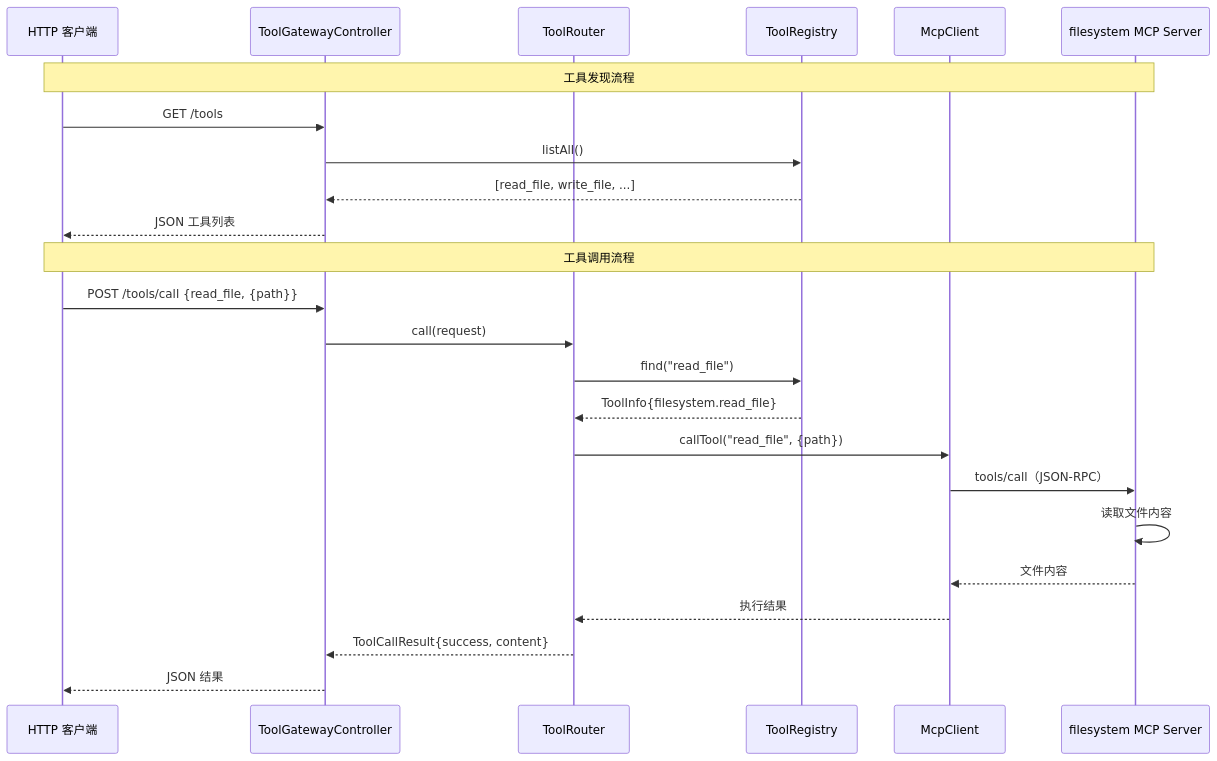
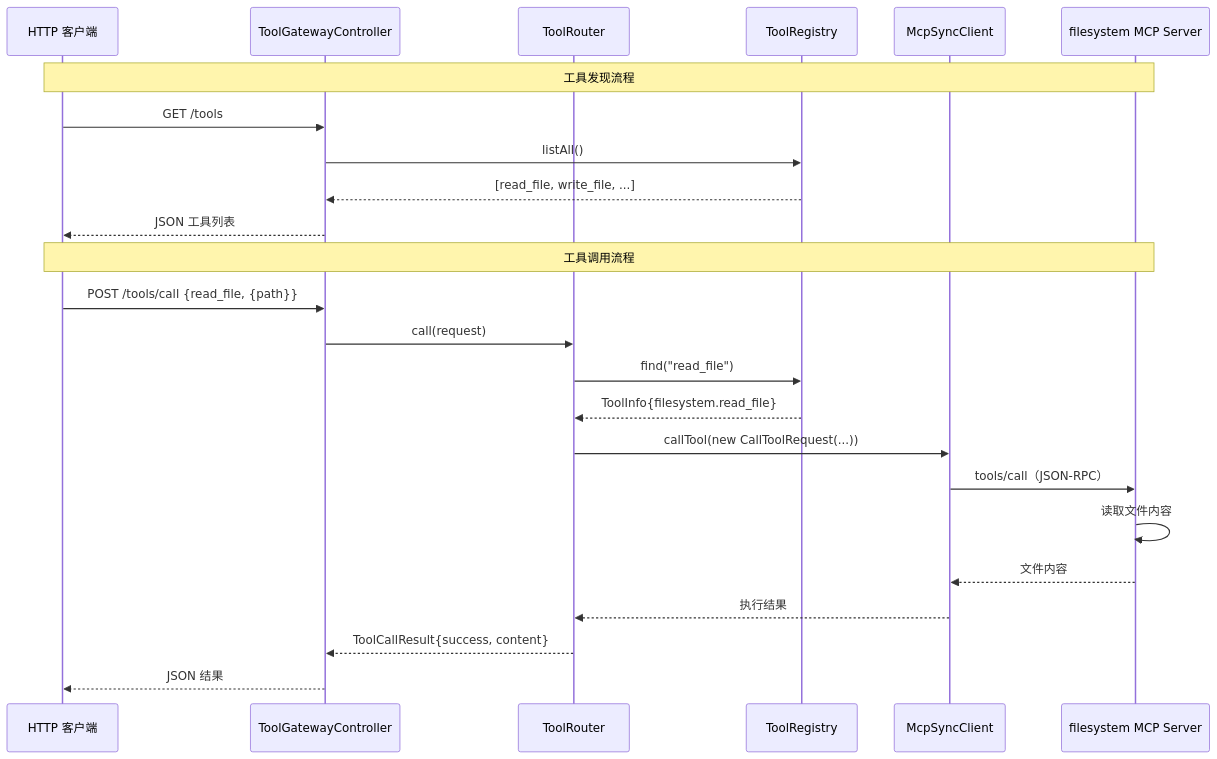
Before and after one commit to UranusGit/java-agent-learn: the second of 2 diagrams in docs/项目/03-MCP工具网关/01-最小Demo搭建.md, drawn with Mermaid. The commit also changed other lines of this file and 206 other files, not shown here.

````diff
--- a/docs/项目/03-MCP工具网关/01-最小Demo搭建.md
+++ b/docs/项目/03-MCP工具网关/01-最小Demo搭建.md
@@ -660,28 +667,28 @@
 ```mermaid
 sequenceDiagram
     participant Client as HTTP 客户端
     participant Ctrl as ToolGatewayController
     participant Router as ToolRouter
     participant Reg as ToolRegistry
-    participant MC as McpClient
+    participant MC as McpSyncClient
     participant FS as filesystem MCP Server
 
     Note over Client,FS: 工具发现流程
     Client->>Ctrl: GET /tools
     Ctrl->>Reg: listAll()
     Reg-->>Ctrl: [read_file, write_file, ...]
     Ctrl-->>Client: JSON 工具列表
 
     Note over Client,FS: 工具调用流程
     Client->>Ctrl: POST /tools/call {read_file, {path}}
     Ctrl->>Router: call(request)
     Router->>Reg: find("read_file")
     Reg-->>Router: ToolInfo{filesystem.read_file}
-    Router->>MC: callTool("read_file", {path})
+    Router->>MC: callTool(new CallToolRequest(...))
     MC->>FS: tools/call（JSON-RPC）
     FS->>FS: 读取文件内容
     FS-->>MC: 文件内容
     MC-->>Router: 执行结果
     Router-->>Ctrl: ToolCallResult{success, content}
     Ctrl-->>Client: JSON 结果
 ```
````
